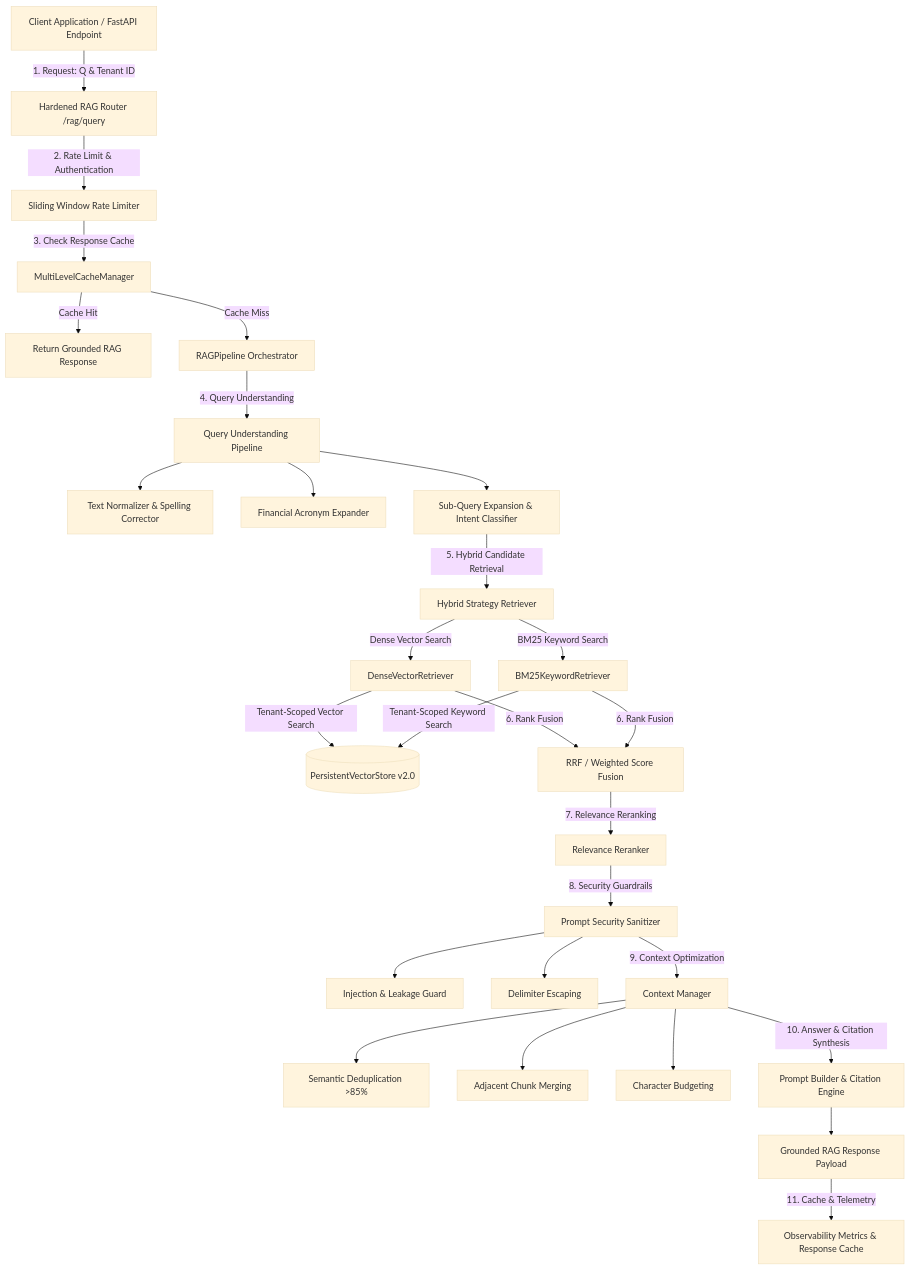
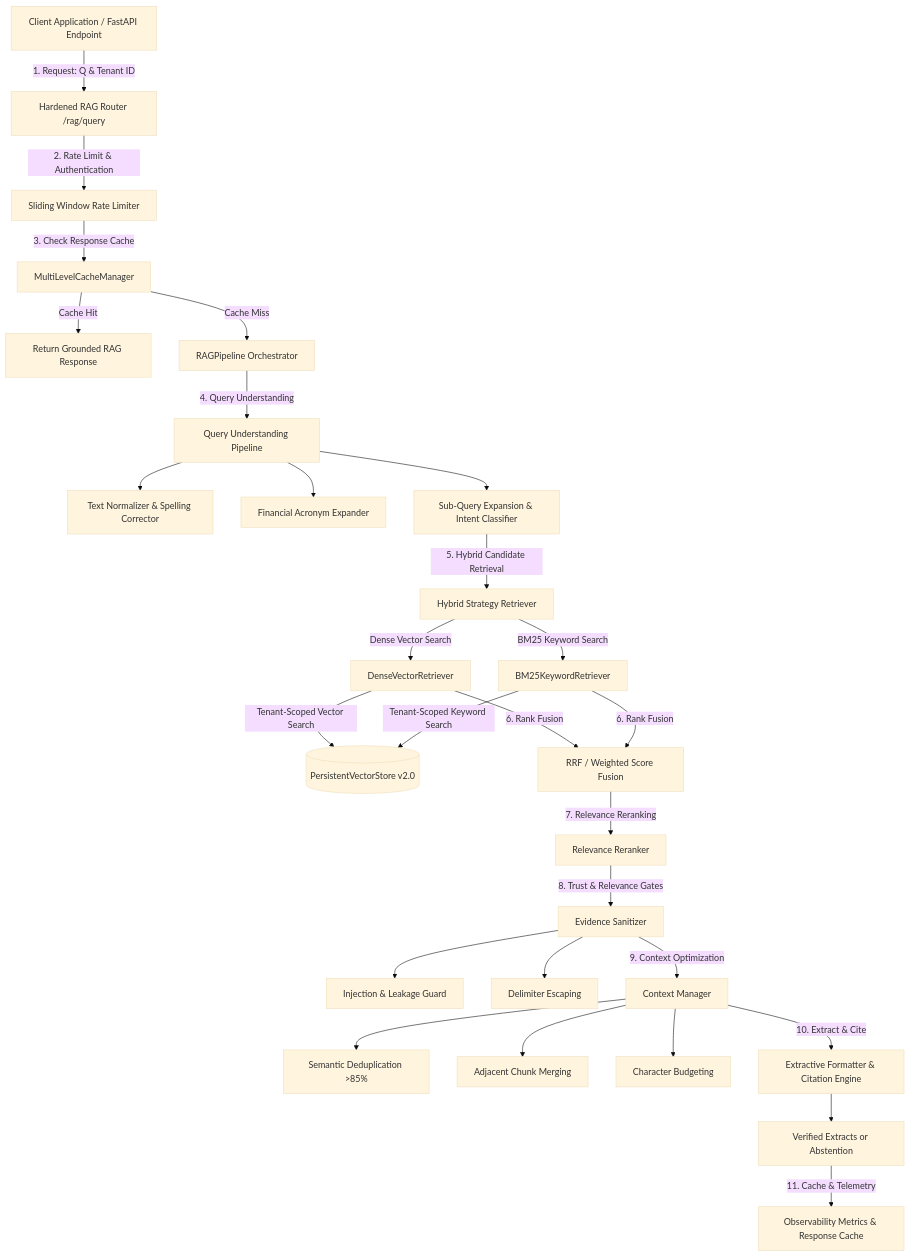
Before and after one commit to yashaskn8/WealthGenie-AI-Powered-Financial-Advisory-Platform: the diagram in ml-service/rag/README.md, drawn with Mermaid (base theme). The commit also changed other lines of this file and 27 other files, not shown here.

````diff
--- a/ml-service/rag/README.md
+++ b/ml-service/rag/README.md
@@ -9,38 +9,38 @@
 ```mermaid
 graph TD
     Client[Client Application / FastAPI Endpoint] -->|1. Request: Q & Tenant ID| Router[Hardened RAG Router /rag/query]
     Router -->|2. Rate Limit & Authentication| RateLimiter[Sliding Window Rate Limiter]
     RateLimiter -->|3. Check Response Cache| Cache[MultiLevelCacheManager]
     
     Cache -- Cache Hit --> ReturnCache[Return Grounded RAG Response]
     Cache -- Cache Miss --> Pipeline[RAGPipeline Orchestrator]
     
     Pipeline -->|4. Query Understanding| QU[Query Understanding Pipeline]
     QU --> Normalizer[Text Normalizer & Spelling Corrector]
     QU --> Acronyms[Financial Acronym Expander]
     QU --> Rewriter[Sub-Query Expansion & Intent Classifier]
     
     Rewriter -->|5. Hybrid Candidate Retrieval| Retrievers[Hybrid Strategy Retriever]
     Retrievers -->|Dense Vector Search| Dense[DenseVectorRetriever]
     Retrievers -->|BM25 Keyword Search| BM25[BM25KeywordRetriever]
     
     Dense -->|Tenant-Scoped Vector Search| VectorStore[(PersistentVectorStore v2.0)]
     BM25 -->|Tenant-Scoped Keyword Search| VectorStore
     
     Dense & BM25 -->|6. Rank Fusion| Fusion[RRF / Weighted Score Fusion]
     Fusion -->|7. Relevance Reranking| Reranker[Relevance Reranker]
     
-    Reranker -->|8. Security Guardrails| Sanitizer[Prompt Security Sanitizer]
+    Reranker -->|8. Trust & Relevance Gates| Sanitizer[Evidence Sanitizer]
     Sanitizer --> Injection[Injection & Leakage Guard]
     Sanitizer --> Delimiters[Delimiter Escaping]
     
     Sanitizer -->|9. Context Optimization| ContextMgr[Context Manager]
     ContextMgr --> Deduplication[Semantic Deduplication >85%]
     ContextMgr --> Merging[Adjacent Chunk Merging]
     ContextMgr --> Budgeting[Character Budgeting]
     
-    ContextMgr -->|10. Answer & Citation Synthesis| Builder[Prompt Builder & Citation Engine]
-    Builder --> Response[Grounded RAG Response Payload]
+    ContextMgr -->|10. Extract & Cite| Builder[Extractive Formatter & Citation Engine]
+    Builder --> Response[Verified Extracts or Abstention]
     
     Response -->|11. Cache & Telemetry| Telemetry[Observability Metrics & Response Cache]
 ```
````
